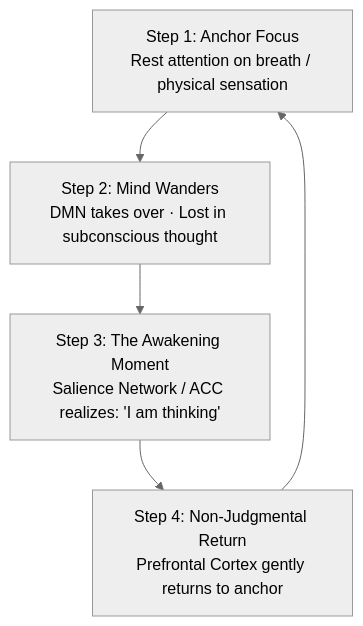
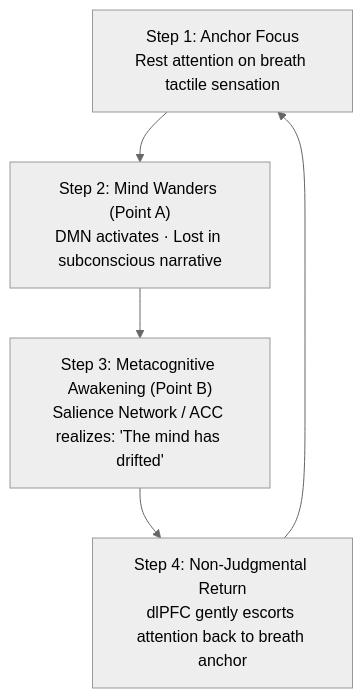
Before and after one commit to vs00918/aravalli: the fourth of 7 diagrams in knowledge-tree/nodes/chapter-22-the-neurobiology-of-meditation.md, drawn with Mermaid (neutral theme). The commit also changed other lines of this file and 3 other files, not shown here.

````diff
--- a/knowledge-tree/nodes/chapter-22-the-neurobiology-of-meditation.md
+++ b/knowledge-tree/nodes/chapter-22-the-neurobiology-of-meditation.md
@@ -42,8 +123,8 @@
 ```mermaid
-graph TD
-    S1[Step 1: Anchor Focus<br>Rest attention on breath / physical sensation]
-    --> S2[Step 2: Mind Wanders<br>DMN takes over · Lost in subconscious thought]
-    --> S3[Step 3: The Awakening Moment<br>Salience Network / ACC realizes: 'I am thinking']
-    --> S4[Step 4: Non-Judgmental Return<br>Prefrontal Cortex gently returns to anchor]
+flowchart TD
+    S1["Step 1: Anchor Focus<br/>Rest attention on breath tactile sensation"] 
+    --> S2["Step 2: Mind Wanders (Point A)<br/>DMN activates · Lost in subconscious narrative"]
+    S2 --> S3["Step 3: Metacognitive Awakening (Point B)<br/>Salience Network / ACC realizes: 'The mind has drifted'"]
+    S3 --> S4["Step 4: Non-Judgmental Return<br/>dlPFC gently escorts attention back to breath anchor"]
     S4 --> S1
 ```
````
